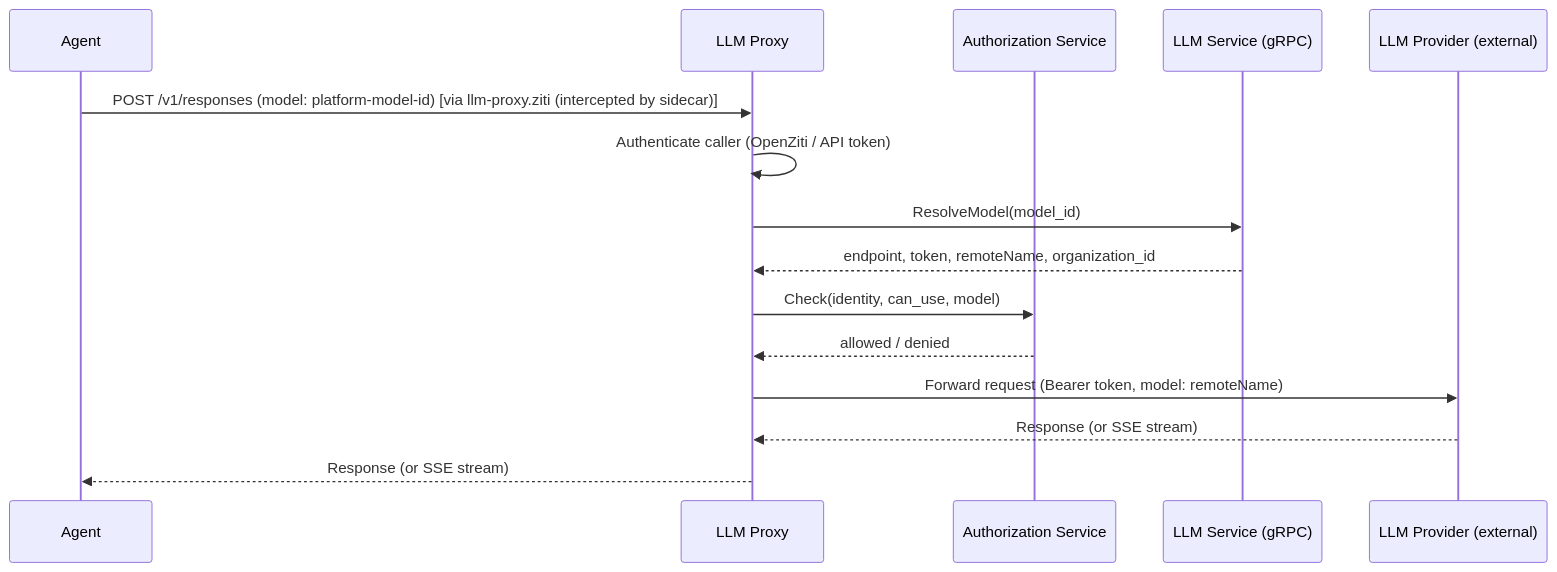
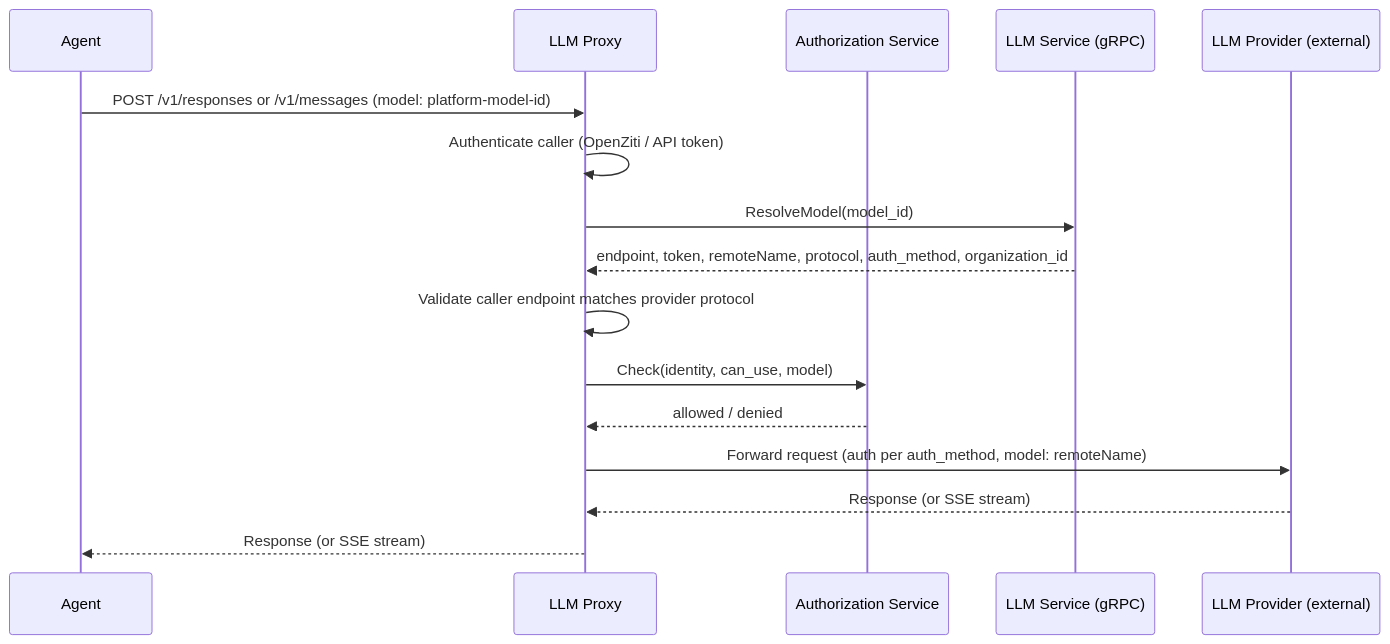
One commit to agynio/architecture changed the diagram in architecture/llm-proxy.md. Above: the diagram before and after it, drawn with Mermaid. The commit also changed other lines of this file and 5 other files, not shown here.

````diff
--- a/architecture/llm-proxy.md
+++ b/architecture/llm-proxy.md
@@ -56,18 +140,19 @@
 ```mermaid
 sequenceDiagram
     participant A as Agent
     participant P as LLM Proxy
     participant Auth as Authorization Service
     participant L as LLM Service (gRPC)
     participant E as LLM Provider (external)
 
-    A->>P: POST /v1/responses (model: platform-model-id) [via llm-proxy.ziti (intercepted by sidecar)]
+    A->>P: POST /v1/responses or /v1/messages (model: platform-model-id)
     P->>P: Authenticate caller (OpenZiti / API token)
     P->>L: ResolveModel(model_id)
-    L-->>P: endpoint, token, remoteName, organization_id
+    L-->>P: endpoint, token, remoteName, protocol, auth_method, organization_id
+    P->>P: Validate caller endpoint matches provider protocol
     P->>Auth: Check(identity, can_use, model)
     Auth-->>P: allowed / denied
-    P->>E: Forward request (Bearer token, model: remoteName)
+    P->>E: Forward request (auth per auth_method, model: remoteName)
     E-->>P: Response (or SSE stream)
     P-->>A: Response (or SSE stream)
 ```
````
